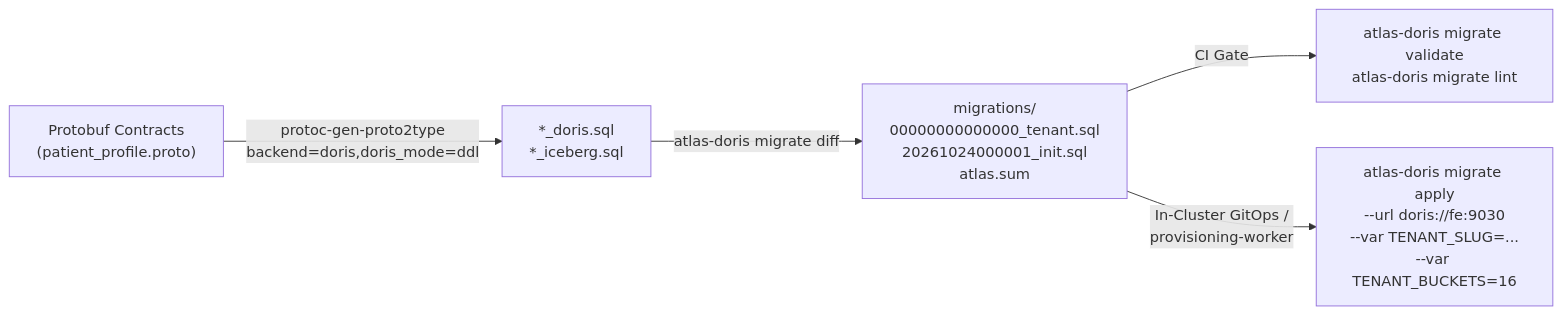
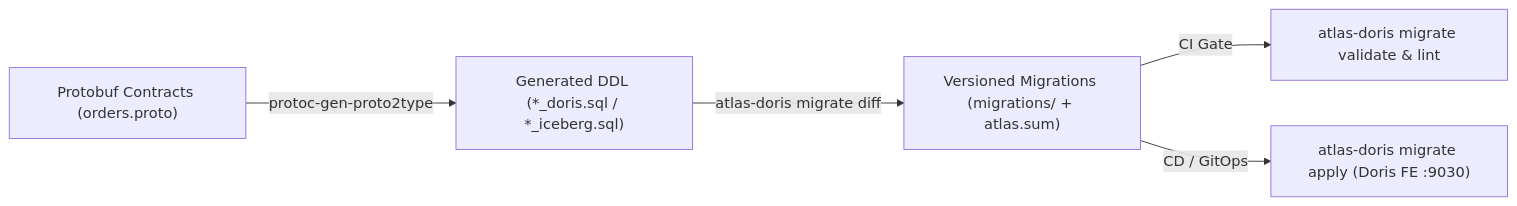
One commit to protocgen/atlas-doris changed the diagram in README.md. Above: the diagram before and after it, drawn with Mermaid. The commit also changed other lines of this file and 1 other file, not shown here.

````diff
--- a/README.md
+++ b/README.md
@@ -21,7 +26,7 @@
 ```mermaid
 flowchart LR
-    P["Protobuf Contracts<br/>(patient_profile.proto)"] -->|protoc-gen-proto2type<br/>backend=doris,doris_mode=ddl| DDL["*_doris.sql<br/>*_iceberg.sql"]
-    DDL -->|atlas-doris migrate diff| CHAIN["migrations/<br/>00000000000000_tenant.sql<br/>20261024000001_init.sql<br/>atlas.sum"]
-    CHAIN -->|CI Gate| LINT["atlas-doris migrate validate<br/>atlas-doris migrate lint"]
-    CHAIN -->|In-Cluster GitOps /<br/>provisioning-worker| EXEC["atlas-doris migrate apply<br/>--url doris://fe:9030<br/>--var TENANT_SLUG=...<br/>--var TENANT_BUCKETS=16"]
+    P["Protobuf Contracts (orders.proto)"] -->|protoc-gen-proto2type| DDL["Generated DDL (*_doris.sql / *_iceberg.sql)"]
+    DDL -->|atlas-doris migrate diff| CHAIN["Versioned Migrations (migrations/ + atlas.sum)"]
+    CHAIN -->|CI Gate| LINT["atlas-doris migrate validate & lint"]
+    CHAIN -->|CD / GitOps| EXEC["atlas-doris migrate apply (Doris FE :9030)"]
 ```
````
